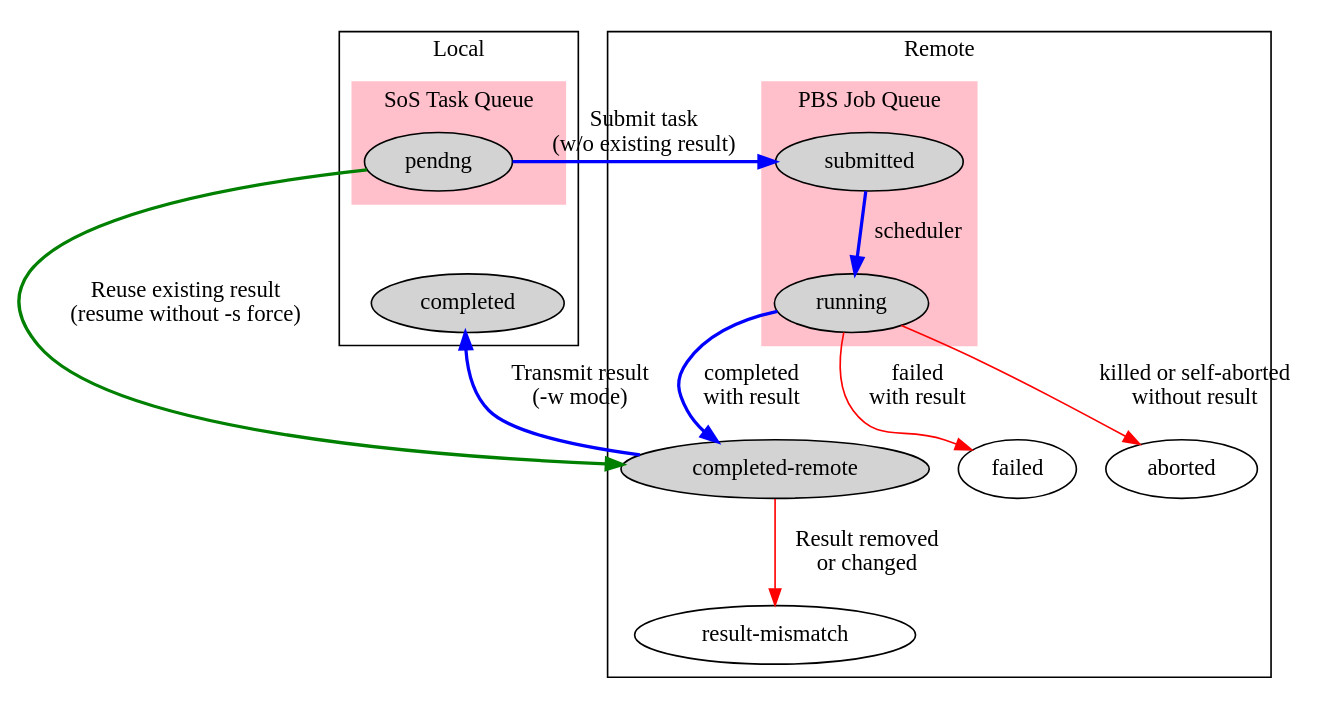
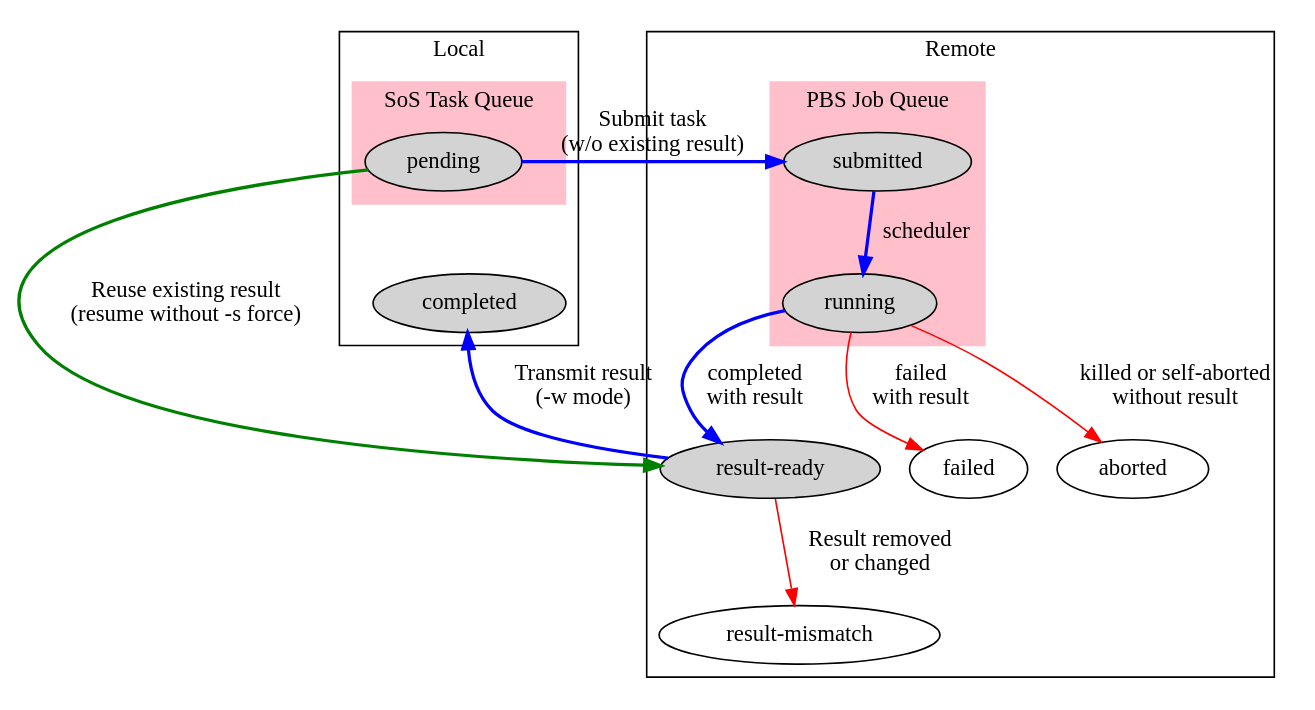
Before and after one commit to jirikuncar/SOS: the diagram in docs/doc/media/task_status.dot, drawn with Graphviz. The commit also changed 3 other files, not shown here.

Commit message:
Update status figure again

```diff
--- a/docs/doc/media/task_status.dot
+++ b/docs/doc/media/task_status.dot
@@ -1,47 +1,47 @@
 digraph task_status {
 	/* source nodes */
     subgraph cluster_0 {
         label="Local";
 
 
         subgraph cluster_1 {
             style=filled;
             color=pink;
             label="SoS Task Queue";
             rankdir=TB;
 
-            pending_task [label="pendng", style=filled];
+            pending_task [label="pending", style=filled];
         }
 
         completed_task [label="completed", style=filled];
 
     }
     subgraph cluster_2 {
         label="Remote";
 
         subgraph cluster_2 {
             style=filled;
             color=pink;
             label="PBS Job Queue";
 
             submitted_task [label="submitted", style=filled];
             running_task [ label="running", style=filled];
 
             submitted_task -> running_task [label="scheduler", style=bold, color=blue];
         }
 
-        completed_remote_task [label="completed-remote", style=filled];
+        result_ready_task [label="result-ready", style=filled];
         result_mismatch [label="result-mismatch"];
         failed_task [label="failed"];
         aborted_task [label="aborted"];
-        running_task -> completed_remote_task [label="completed\nwith result", style=bold, color=blue];
+        running_task -> result_ready_task [label="completed\nwith result", style=bold, color=blue];
         running_task -> aborted_task [label="killed or self-aborted\nwithout result", color=red];
         running_task -> failed_task [label="failed\nwith result", color=red];
-        completed_remote_task -> result_mismatch [label="Result removed\nor changed", color=red];
+        result_ready_task -> result_mismatch [label="Result removed\nor changed", color=red];
     }
-    pending_task -> completed_remote_task [label="Reuse existing result\n(resume without -s force)", style=bold, color=green];
+    pending_task -> result_ready_task [label="Reuse existing result\n(resume without -s force)", style=bold, color=green];
     pending_task -> submitted_task [label="Submit task\n(w/o existing result)", style=bold, color=blue];
-    completed_remote_task -> completed_task [label="Transmit result\n(-w mode)", style=bold, color=blue];
+    result_ready_task -> completed_task [label="Transmit result\n(-w mode)", style=bold, color=blue];
     pending_task -> completed_task [style=invis];
     pending_task -> running_task [style=invis];
 }
```
